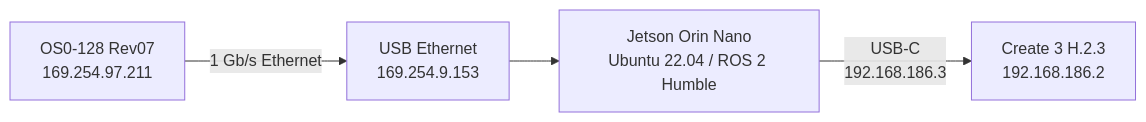
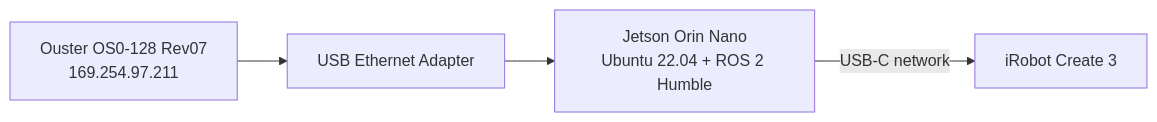
The first of 2 diagrams in README.md (Robin-Lange/TurtleBot4Lite_OusterOS0), drawn with Mermaid before and after one commit. The commit also changed other lines of this file and 1 other file, not shown here.

````diff
--- a/README.md
+++ b/README.md
@@ -25,6 +24,6 @@
 ```mermaid
 flowchart LR
-    OS0[OS0-128 Rev07<br/>169.254.97.211] -- 1 Gb/s Ethernet --> Adapter[USB Ethernet<br/>169.254.9.153]
-    Adapter --> Jetson[Jetson Orin Nano<br/>Ubuntu 22.04 / ROS 2 Humble]
-    Jetson -- USB-C<br/>192.168.186.3 --> Base[Create 3 H.2.3<br/>192.168.186.2]
+    OS0[Ouster OS0-128 Rev07<br/>169.254.97.211] --> ETH[USB Ethernet Adapter]
+    ETH --> Jetson[Jetson Orin Nano<br/>Ubuntu 22.04 + ROS 2 Humble]
+    Jetson -->|USB-C network| Create3[iRobot Create 3]
 ```
````
